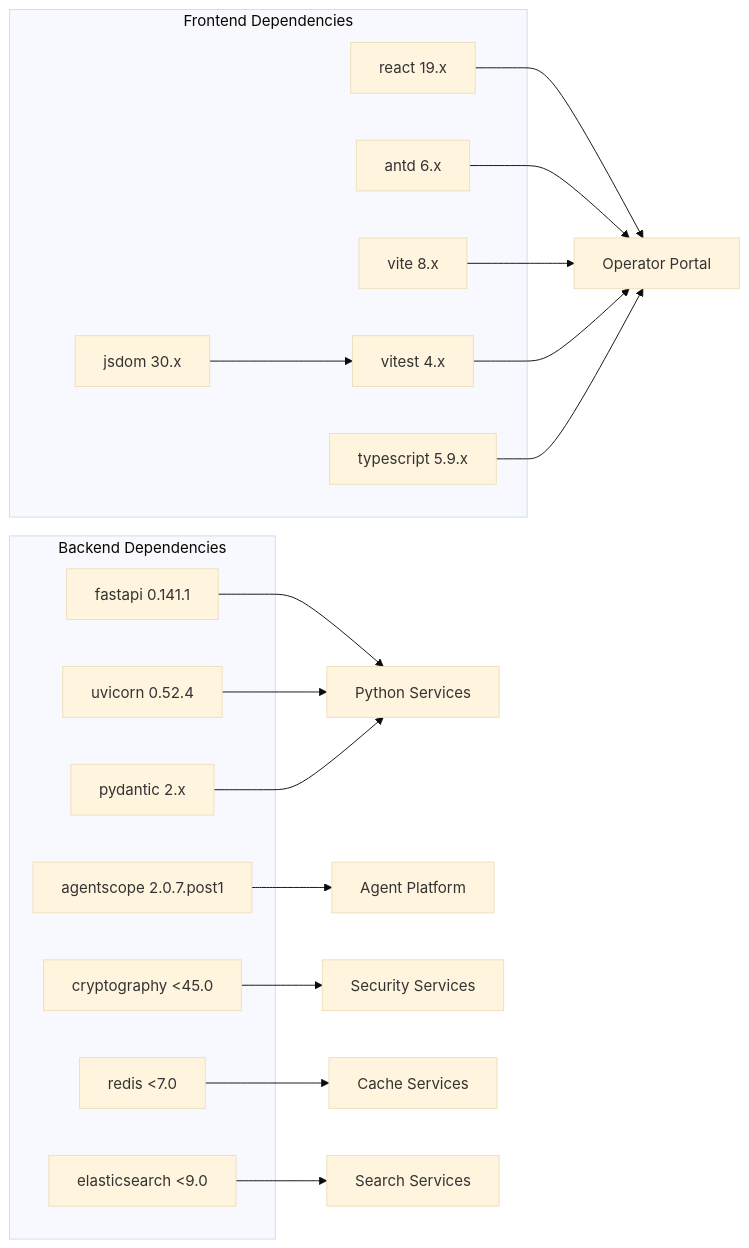
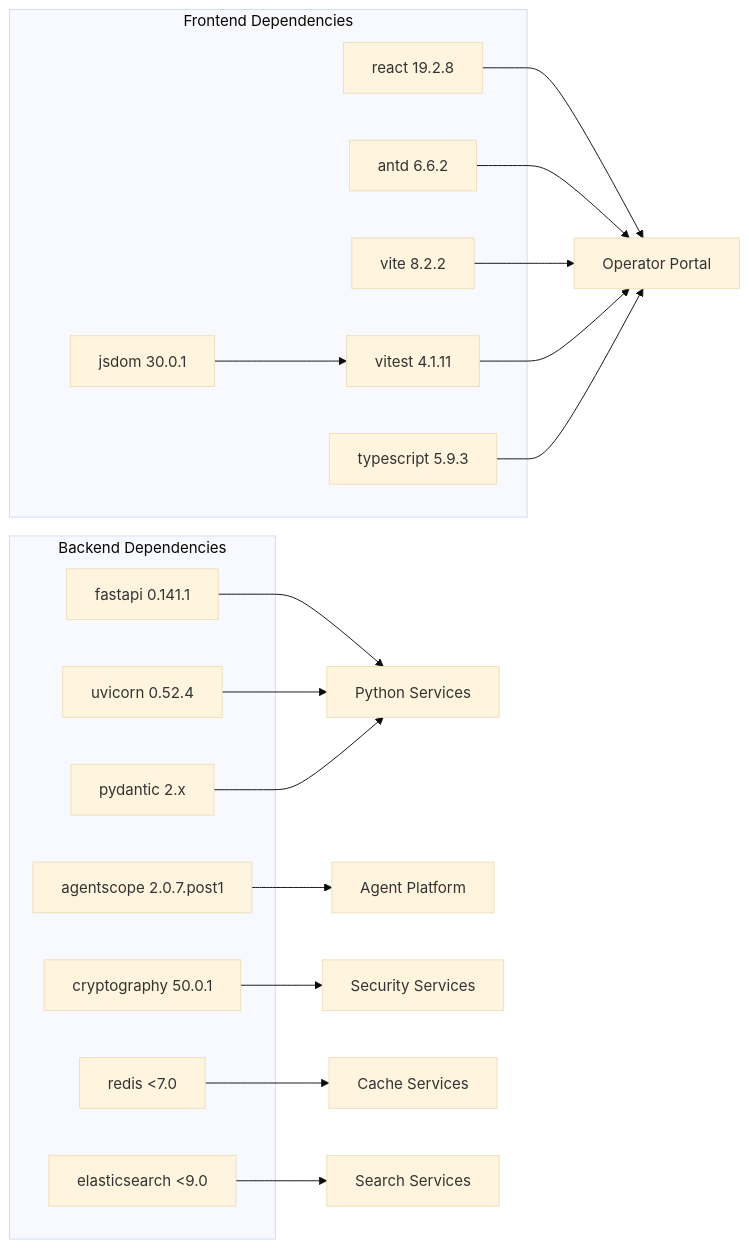
One commit to metasync/luban-aiops changed the sixth of 6 diagrams in .qoder/repowiki/en/content/Architecture Documentation/SPEC-042_ Portal Dependency Hygiene Specification.md. Above: the diagram before and after it, drawn with Mermaid (base theme). The commit also changed other lines of this file and 6 other files, not shown here.

````diff
--- a/.qoder/repowiki/en/content/Architecture Documentation/SPEC-042_ Portal Dependency Hygiene Specification.md
+++ b/.qoder/repowiki/en/content/Architecture Documentation/SPEC-042_ Portal Dependency Hygiene Specification.md
@@ -322,33 +317,33 @@
 ```mermaid
 graph LR
 subgraph "Frontend Dependencies"
-React["react 19.x"]
-Antd["antd 6.x"]
-Vite["vite 8.x"]
-Vitest["vitest 4.x"]
-JSDOM["jsdom 30.x"]
-TS["typescript 5.9.x"]
+React["react 19.2.8"]
+Antd["antd 6.6.2"]
+Vite["vite 8.2.2"]
+Vitest["vitest 4.1.11"]
+JSDOM["jsdom 30.0.1"]
+TS["typescript 5.9.3"]
 end
 subgraph "Backend Dependencies"
 FastAPI["fastapi 0.141.1"]
 Uvicorn["uvicorn 0.52.4"]
 AgentScope["agentscope 2.0.7.post1"]
 Pydantic["pydantic 2.x"]
-Crypto["cryptography <45.0"]
+Crypto["cryptography 50.0.1"]
 Redis["redis <7.0"]
 ES["elasticsearch <9.0"]
 end
 React --> Portal["Operator Portal"]
 Antd --> Portal
 Vite --> Portal
 Vitest --> Portal
 JSDOM --> Vitest
 TS --> Portal
 FastAPI --> Services["Python Services"]
 Uvicorn --> Services
 AgentScope --> AgentPlatform["Agent Platform"]
 Pydantic --> Services
 Crypto --> Security["Security Services"]
 Redis --> Cache["Cache Services"]
 ES --> Search["Search Services"]
 ```
````
